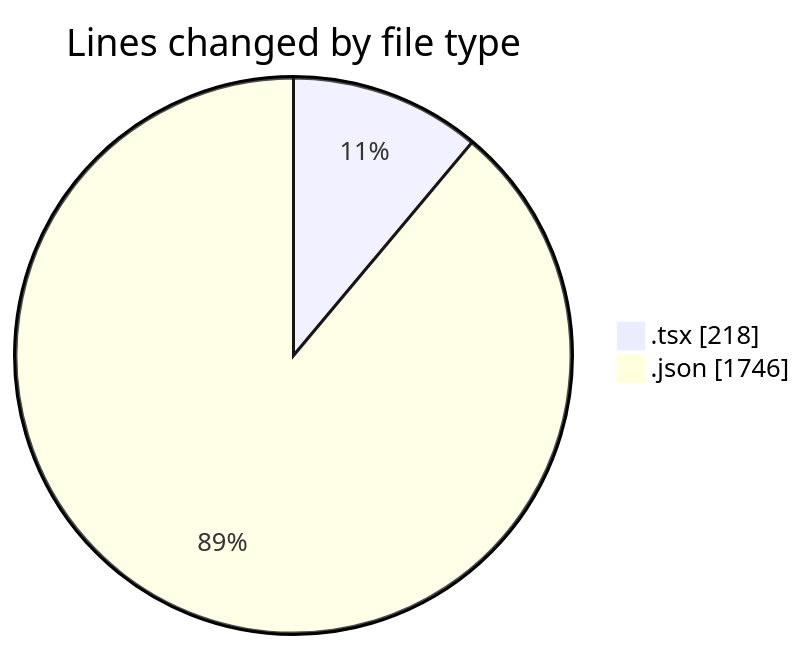
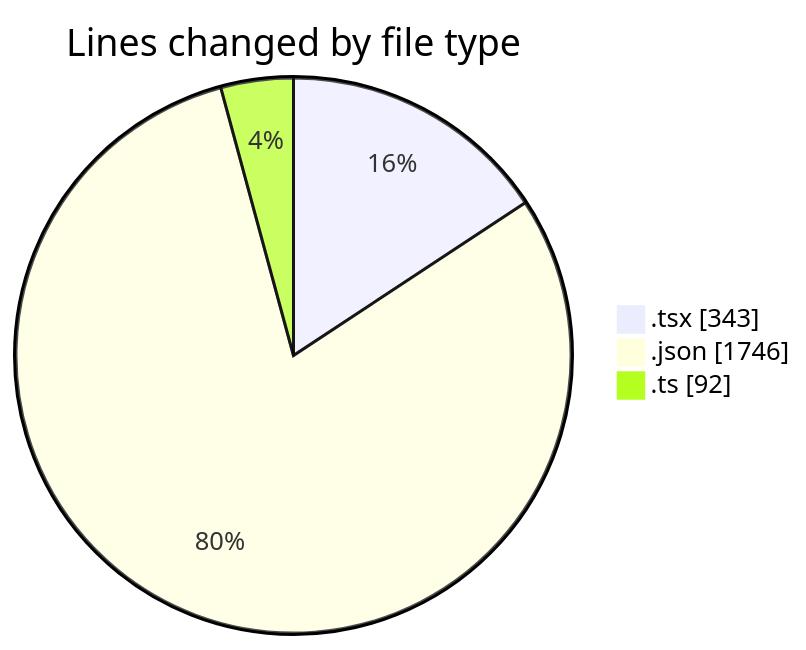
The first of 2 diagrams in 2025-10-30/eventscop-frontend-guide__workspace_/README.md (julien-gomy/code-tracking), drawn with Mermaid before and after one commit. The commit also changed other lines of this file and 1 other file, not shown here.

````diff
--- a/2025-10-30/eventscop-frontend-guide__workspace_/README.md
+++ b/2025-10-30/eventscop-frontend-guide__workspace_/README.md
@@ -23,6 +26,7 @@
 ```mermaid
 pie showData
 title Lines changed by file type
-".tsx" : 218
+".tsx" : 343
 ".json" : 1746
+".ts" : 92
 ```
````
